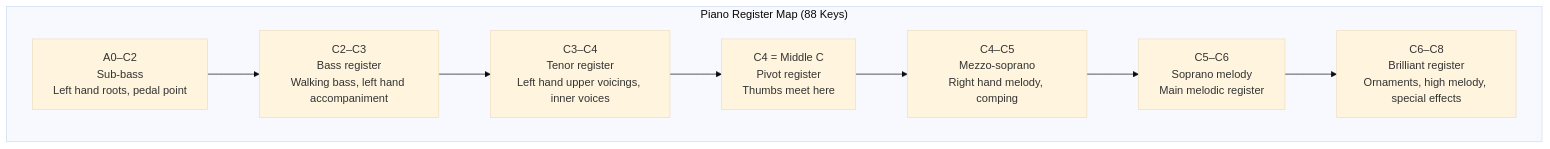
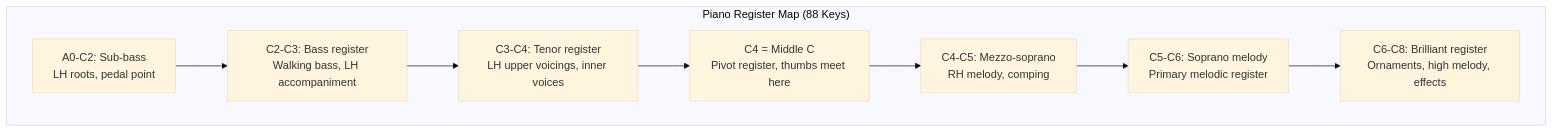
Before and after one commit to blebleblee/synapse: the second of 6 diagrams in topics/arts/music_performance/piano/labs.md, drawn with Mermaid (base theme). The commit also changed other lines of this file and 4 other files, not shown here.

````diff
--- a/topics/arts/music_performance/piano/labs.md
+++ b/topics/arts/music_performance/piano/labs.md
@@ -392,14 +357,14 @@
 ```mermaid
 graph TD
     subgraph sub_register ["Piano Register Map (88 Keys)"]
-        A0["A0–C2\nSub-bass\nLeft hand roots, pedal point"]
-        C2["C2–C3\nBass register\nWalking bass, left hand accompaniment"]
-        C3["C3–C4\nTenor register\nLeft hand upper voicings, inner voices"]
-        C4["C4 = Middle C\nPivot register\nThumbs meet here"]
-        C4_up["C4–C5\nMezzo-soprano\nRight hand melody, comping"]
-        C5["C5–C6\nSoprano melody\nMain melodic register"]
-        C6["C6–C8\nBrilliant register\nOrnaments, high melody, special effects"]
+        A0["A0-C2: Sub-bass<br/>LH roots, pedal point"]
+        C2["C2-C3: Bass register<br/>Walking bass, LH accompaniment"]
+        C3["C3-C4: Tenor register<br/>LH upper voicings, inner voices"]
+        C4["C4 = Middle C<br/>Pivot register, thumbs meet here"]
+        C4up["C4-C5: Mezzo-soprano<br/>RH melody, comping"]
+        C5["C5-C6: Soprano melody<br/>Primary melodic register"]
+        C6["C6-C8: Brilliant register<br/>Ornaments, high melody, effects"]
     end
 
-    A0 --> C2 --> C3 --> C4 --> C4_up --> C5 --> C6
+    A0 --> C2 --> C3 --> C4 --> C4up --> C5 --> C6
 ```
````
